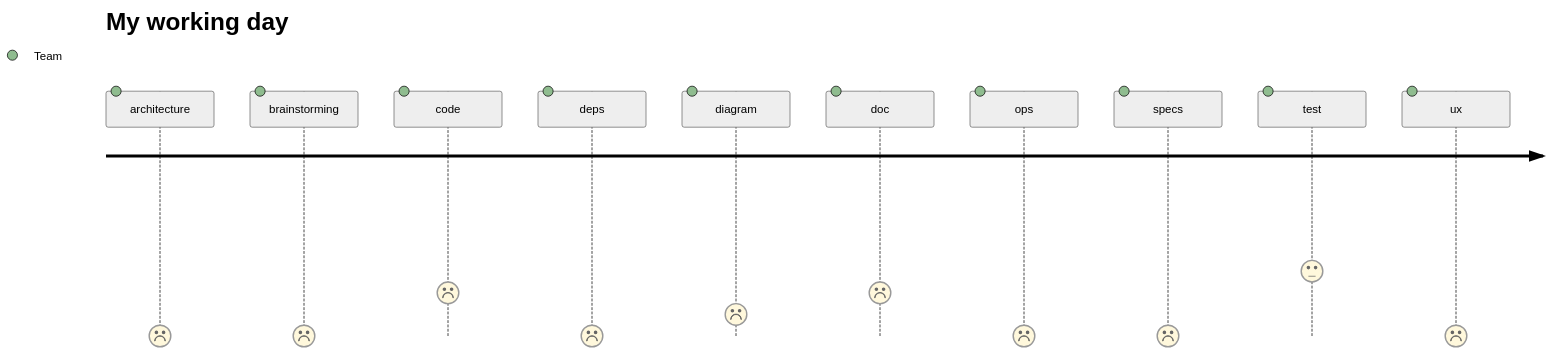
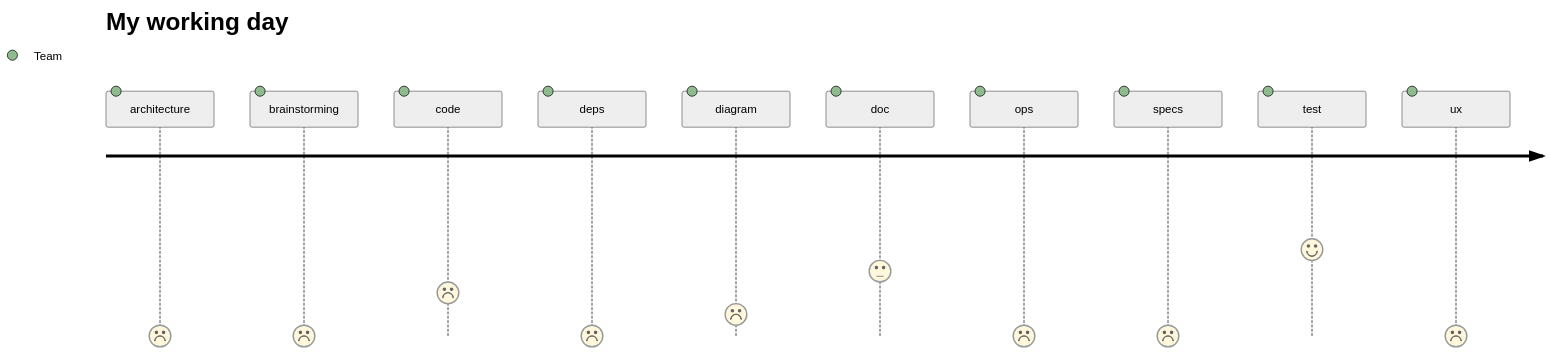
One commit to flarebyte/overview changed the diagram in SOFTWARE-HEALTH.md. Above: the diagram before and after it, drawn with Mermaid (neutral theme). The commit also changed 1 other file, not shown here.

Commit message:
A bit more positive outlook

````diff
--- a/SOFTWARE-HEALTH.md
+++ b/SOFTWARE-HEALTH.md
@@ -6,15 +6,15 @@
 ```mermaid
 journey
     title My working day
     architecture: 0: Team
     brainstorming: 0: Team
     code: 2: Team
     deps: 0: Team
     diagram: 1: Team
-    doc: 2: Team
+    doc: 3: Team
     ops: 0: Team
     specs: 0: Team
-    test: 3: Team
+    test: 4: Team
     ux: 0: Team
 
 ```
````
